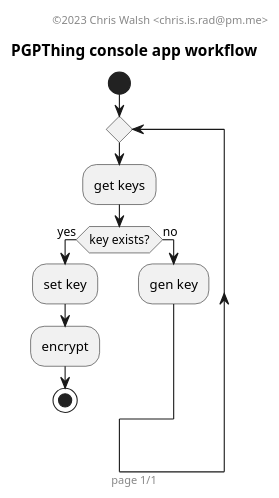
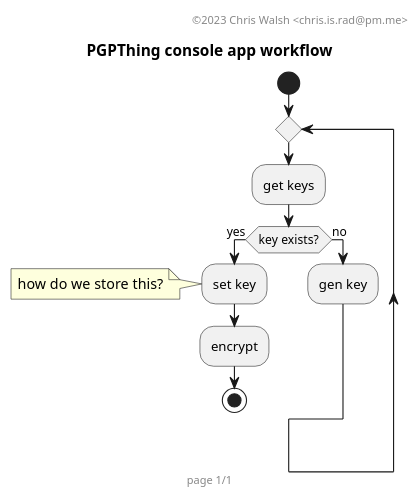
Before and after one commit to mintaka5/thingpgp: the diagram in stuff/workflow.puml, drawn with PlantUML. The commit also changed 2 other files, not shown here.

```diff
--- a/stuff/workflow.puml
+++ b/stuff/workflow.puml
@@ -1,15 +1,16 @@
 @startuml
 header "©2023 Chris Walsh <chris.is.rad@pm.me>"
 title "PGPThing console app workflow"
 start
 repeat
 :get keys;
 if(key exists?) then (yes)
     :set key;
+    note left: how do we store this?
     :encrypt;
     stop
 else (no)
     :gen key;
 endif
 footer "page 1/1"
 @enduml
```
